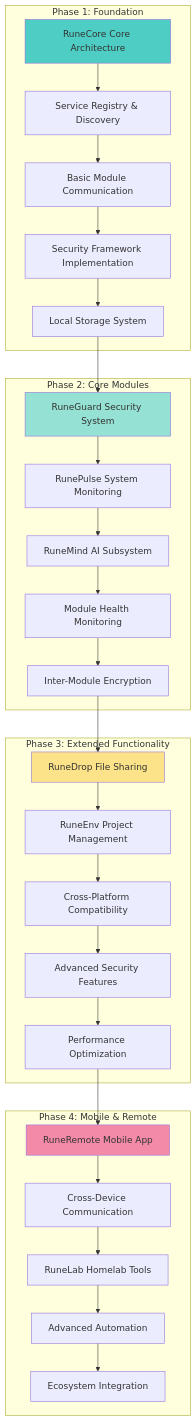
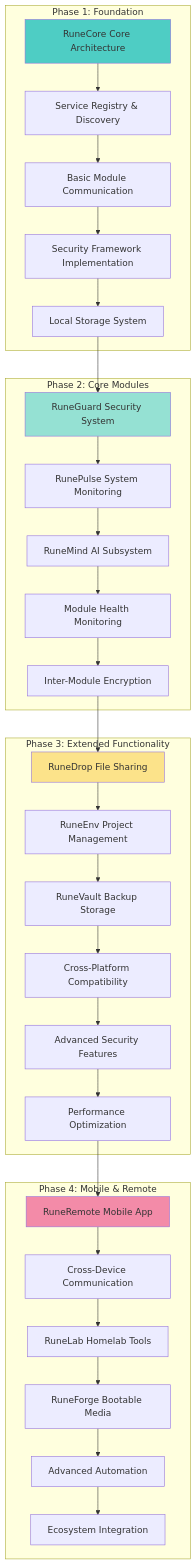
One commit to datamann1013/User_Functionality_WSL changed the second of 3 diagrams in README.md. Above: the diagram before and after it, drawn with Mermaid. The commit also changed other lines of this file, not shown here.

Commit message:
Added more ideas to the roadmap

````diff
--- a/README.md
+++ b/README.md
@@ -156,44 +500,46 @@
 ```mermaid
 graph TD
     subgraph "Phase 1: Foundation"
         F1[RuneCore Core Architecture]
         F2[Service Registry & Discovery]
         F3[Basic Module Communication]
         F4[Security Framework Implementation]
         F5[Local Storage System]
     end
     
     subgraph "Phase 2: Core Modules"
         C1[RuneGuard Security System]
         C2[RunePulse System Monitoring]
         C3[RuneMind AI Subsystem]
         C4[Module Health Monitoring]
         C5[Inter-Module Encryption]
     end
     
     subgraph "Phase 3: Extended Functionality"
         E1[RuneDrop File Sharing]
         E2[RuneEnv Project Management]
-        E3[Cross-Platform Compatibility]
-        E4[Advanced Security Features]
-        E5[Performance Optimization]
+        E3[RuneVault Backup Storage]
+        E4[Cross-Platform Compatibility]
+        E5[Advanced Security Features]
+        E6[Performance Optimization]
     end
     
     subgraph "Phase 4: Mobile & Remote"
         M1[RuneRemote Mobile App]
         M2[Cross-Device Communication]
         M3[RuneLab Homelab Tools]
-        M4[Advanced Automation]
-        M5[Ecosystem Integration]
+        M4[RuneForge Bootable Media]
+        M5[Advanced Automation]
+        M6[Ecosystem Integration]
     end
     
     F1 --> F2 --> F3 --> F4 --> F5
     F5 --> C1 --> C2 --> C3 --> C4 --> C5
-    C5 --> E1 --> E2 --> E3 --> E4 --> E5
-    E5 --> M1 --> M2 --> M3 --> M4 --> M5
+    C5 --> E1 --> E2 --> E3 --> E4 --> E5 --> E6
+    E6 --> M1 --> M2 --> M3 --> M4 --> M5 --> M6
     
     style F1 fill:#4ecdc4
     style C1 fill:#95e1d3  
     style E1 fill:#fce38a
     style M1 fill:#f38ba8
 ```
````
